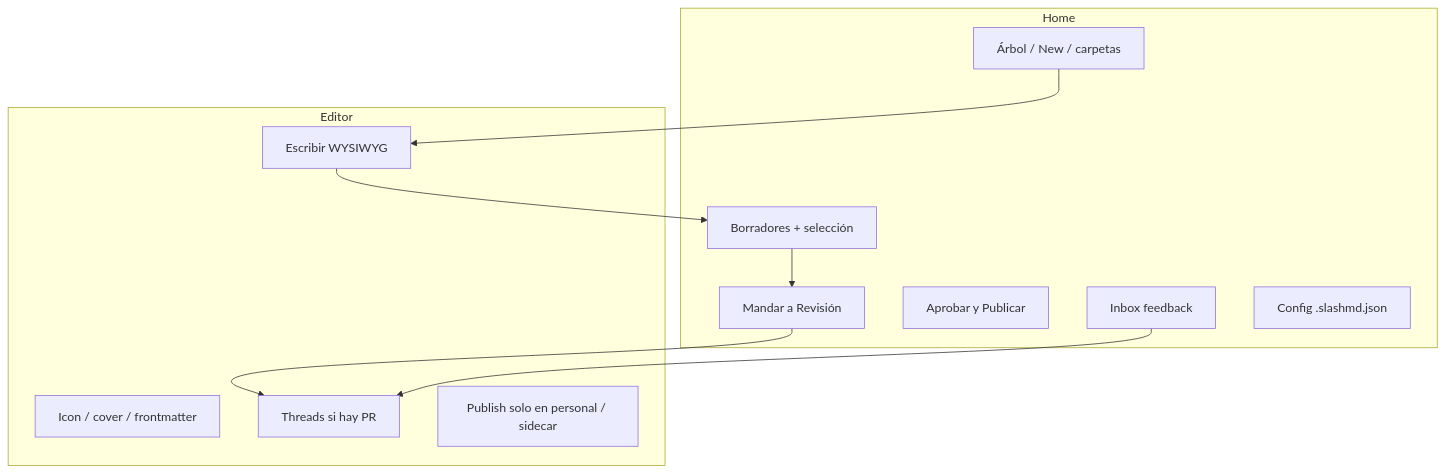
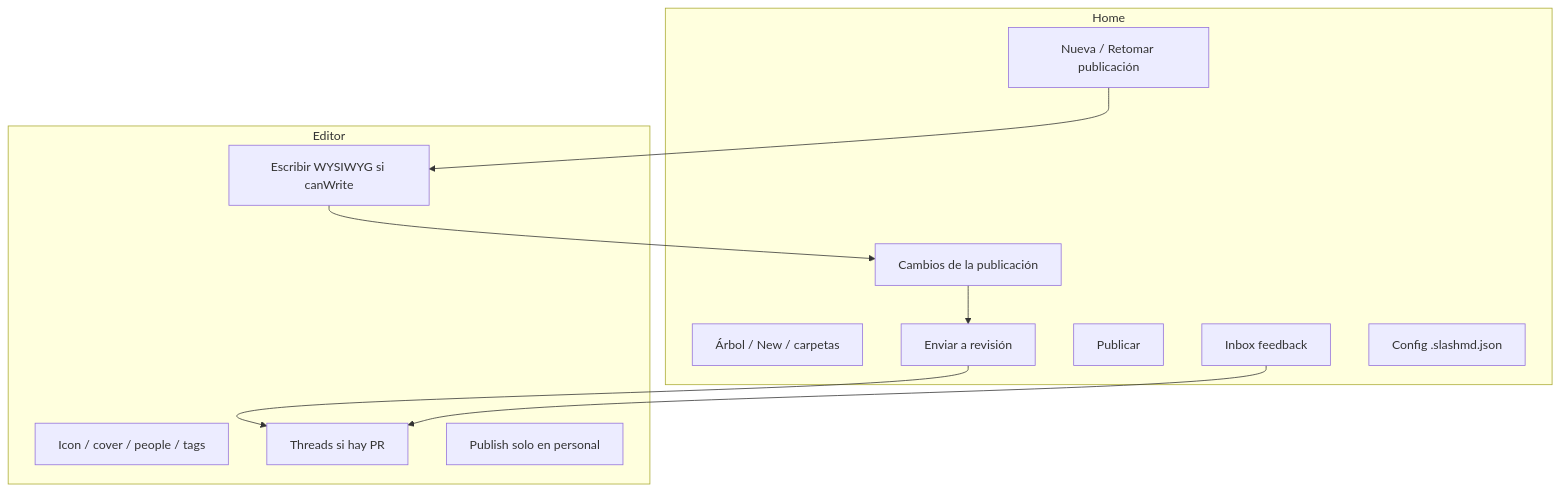
The tenth of 11 diagrams in docs/FLOWS.md (SaulMoreyra/slash-md), drawn with Mermaid before and after one commit. The commit also changed other lines of this file and 671 other files, not shown here.

````diff
--- a/docs/FLOWS.md
+++ b/docs/FLOWS.md
@@ -242,22 +248,23 @@
 ```mermaid
 flowchart TB
   subgraph Home
+    Pub[Nueva / Retomar publicación]
     T[Árbol / New / carpetas]
-    St[Borradores + selección]
-    R[Mandar a Revisión]
-    P[Aprobar y Publicar]
+    D[Cambios de la publicación]
+    R[Enviar a revisión]
+    P[Publicar]
     I[Inbox feedback]
     Cfg[Config .slashmd.json]
   end
   subgraph Editor
-    W[Escribir WYSIWYG]
-    M[Icon / cover / frontmatter]
+    W[Escribir WYSIWYG si canWrite]
+    M[Icon / cover / people / tags]
     Th[Threads si hay PR]
-    Pe[Publish solo en personal / sidecar]
+    Pe[Publish solo en personal]
   end
-  T --> W
-  St --> R
+  Pub --> W
+  W --> D
+  D --> R
   R --> Th
   I --> Th
-  W --> St
 ```
````
